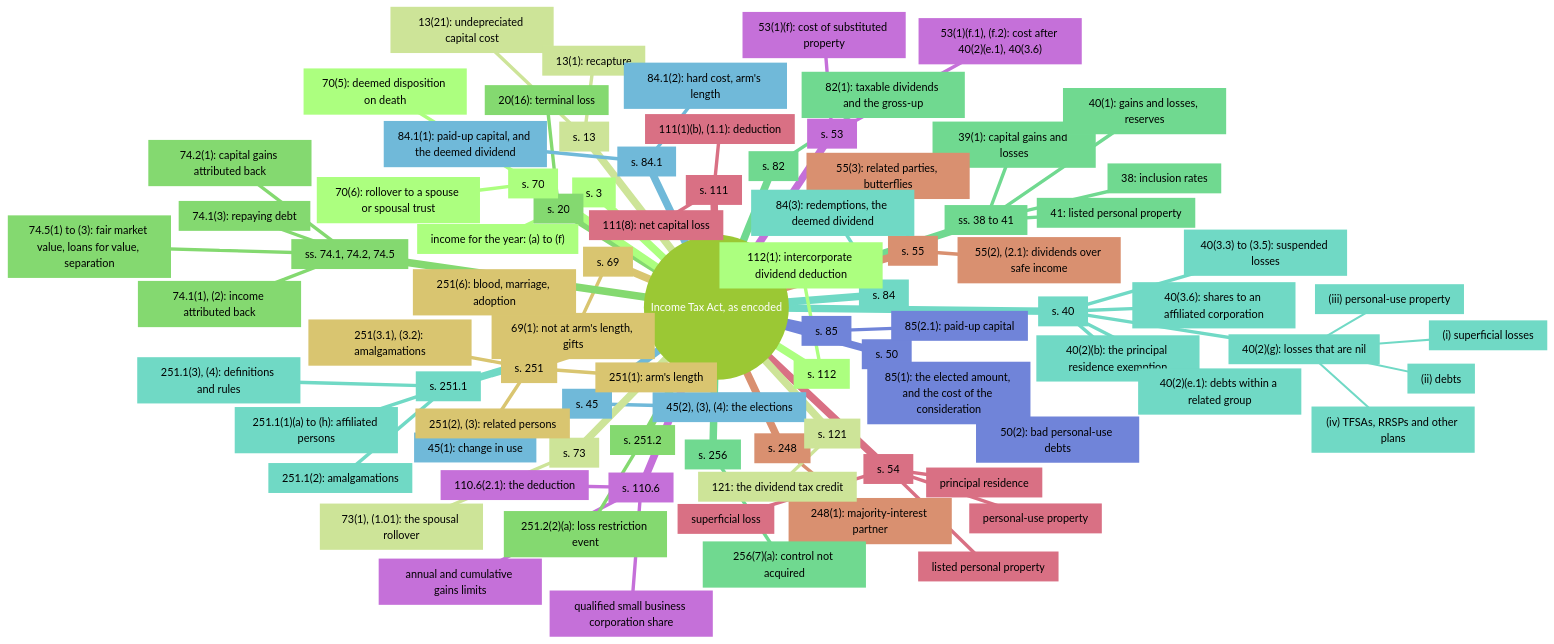
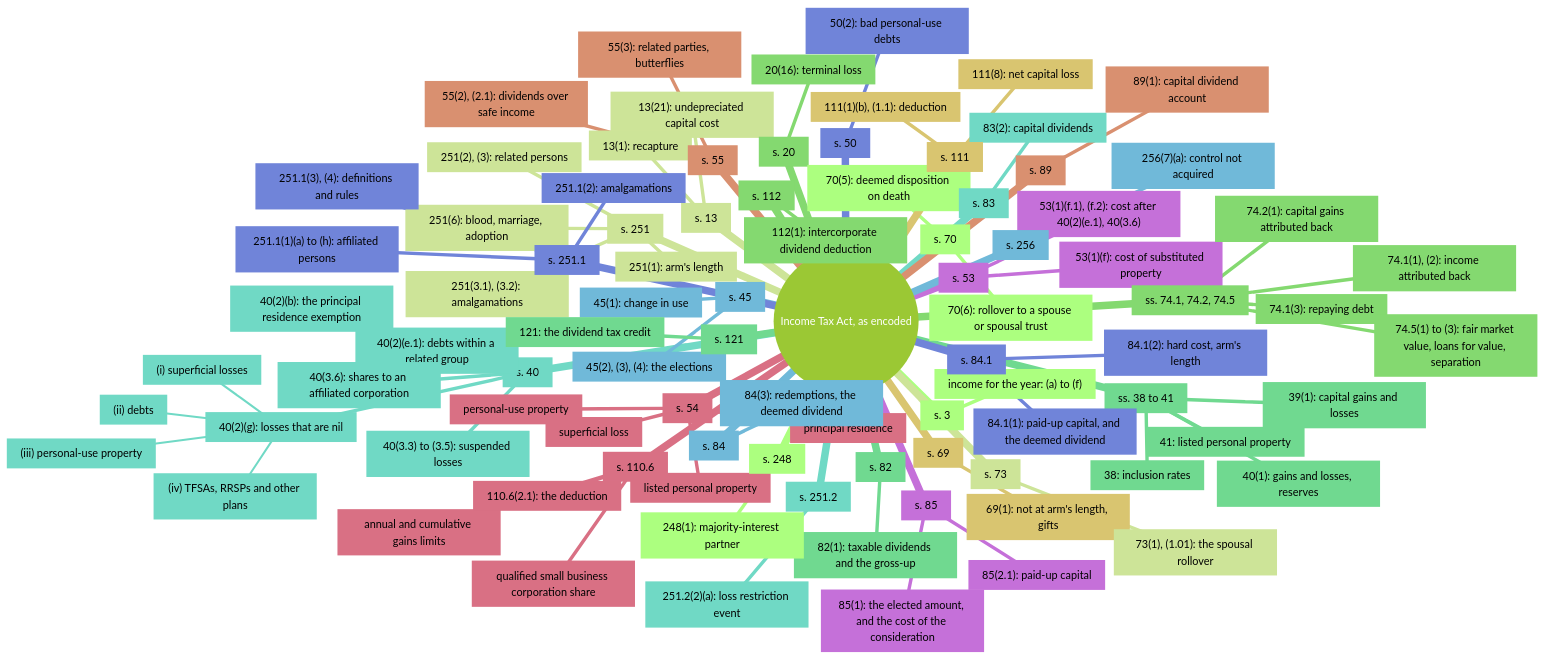
The fourth of 4 diagrams in docs/graphs/dashboard.md (SeanWMurray/Canteen), drawn with Mermaid (forest theme) before and after one commit. The commit also changed other lines of this file and 14 other files, not shown here.

First line of the commit message:
Encode capital dividends: 83(2) and 89(1) "capital dividend account"

````diff
--- a/docs/graphs/dashboard.md
+++ b/docs/graphs/dashboard.md
@@ -121,38 +121,42 @@
       n49["`74.5(1) to (3): fair market value, loans for value, separation`"]
     n50["`s. 82`"]
       n51["`82(1): taxable dividends and the gross-up`"]
-    n52["`s. 84`"]
-      n53["`84(3): redemptions, the deemed dividend`"]
-    n54["`s. 84.1`"]
-      n55["`84.1(1): paid-up capital, and the deemed dividend`"]
-      n56["`84.1(2): hard cost, arm's length`"]
-    n57["`s. 85`"]
-      n58["`85(1): the elected amount, and the cost of the consideration`"]
-      n59["`85(2.1): paid-up capital`"]
-    n60["`s. 110.6`"]
-      n61["`qualified small business corporation share`"]
-      n62["`annual and cumulative gains limits`"]
-      n63["`110.6(2.1): the deduction`"]
-    n64["`s. 111`"]
-      n65["`111(8): net capital loss`"]
-      n66["`111(1)(b), (1.1): deduction`"]
-    n67["`s. 248`"]
-      n68["`248(1): majority-interest partner`"]
-    n69["`s. 251`"]
-      n70["`251(1): arm's length`"]
-      n71["`251(2), (3): related persons`"]
-      n72["`251(3.1), (3.2): amalgamations`"]
-      n73["`251(6): blood, marriage, adoption`"]
-    n74["`s. 112`"]
-      n75["`112(1): intercorporate dividend deduction`"]
-    n76["`s. 121`"]
-      n77["`121: the dividend tax credit`"]
-    n78["`s. 251.2`"]
-      n79["`251.2(2)(a): loss restriction event`"]
-    n80["`s. 256`"]
-      n81["`256(7)(a): control not acquired`"]
-    n82["`s. 251.1`"]
-      n83["`251.1(1)(a) to (h): affiliated persons`"]
-      n84["`251.1(2): amalgamations`"]
-      n85["`251.1(3), (4): definitions and rules`"]
+    n52["`s. 83`"]
+      n53["`83(2): capital dividends`"]
+    n54["`s. 84`"]
+      n55["`84(3): redemptions, the deemed dividend`"]
+    n56["`s. 84.1`"]
+      n57["`84.1(1): paid-up capital, and the deemed dividend`"]
+      n58["`84.1(2): hard cost, arm's length`"]
+    n59["`s. 85`"]
+      n60["`85(1): the elected amount, and the cost of the consideration`"]
+      n61["`85(2.1): paid-up capital`"]
+    n62["`s. 110.6`"]
+      n63["`qualified small business corporation share`"]
+      n64["`annual and cumulative gains limits`"]
+      n65["`110.6(2.1): the deduction`"]
+    n66["`s. 89`"]
+      n67["`89(1): capital dividend account`"]
+    n68["`s. 111`"]
+      n69["`111(8): net capital loss`"]
+      n70["`111(1)(b), (1.1): deduction`"]
+    n71["`s. 248`"]
+      n72["`248(1): majority-interest partner`"]
+    n73["`s. 251`"]
+      n74["`251(1): arm's length`"]
+      n75["`251(2), (3): related persons`"]
+      n76["`251(3.1), (3.2): amalgamations`"]
+      n77["`251(6): blood, marriage, adoption`"]
+    n78["`s. 112`"]
+      n79["`112(1): intercorporate dividend deduction`"]
+    n80["`s. 121`"]
+      n81["`121: the dividend tax credit`"]
+    n82["`s. 251.2`"]
+      n83["`251.2(2)(a): loss restriction event`"]
+    n84["`s. 256`"]
+      n85["`256(7)(a): control not acquired`"]
+    n86["`s. 251.1`"]
+      n87["`251.1(1)(a) to (h): affiliated persons`"]
+      n88["`251.1(2): amalgamations`"]
+      n89["`251.1(3), (4): definitions and rules`"]
 ```
````
